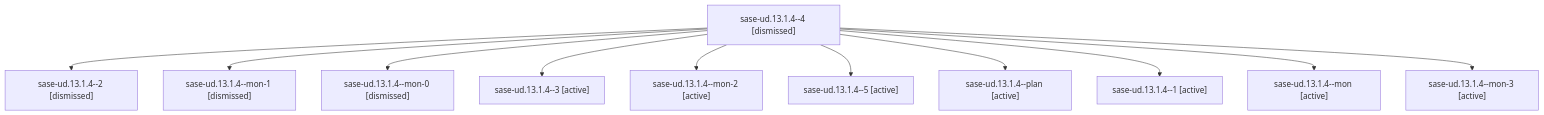
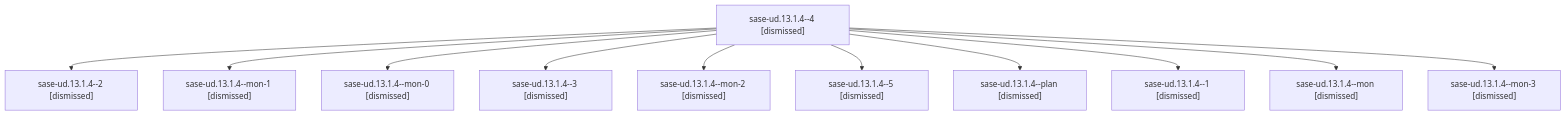
One commit to sase-org/sase--agents changed the diagram in sessions/bbugyi200.athena.sase-ud.13.1.4.md. Above: the diagram before and after it, drawn with Mermaid. The commit also changed other lines of this file and 380 other files, not shown here.

````diff
--- a/sessions/bbugyi200.athena.sase-ud.13.1.4.md
+++ b/sessions/bbugyi200.athena.sase-ud.13.1.4.md
@@ -9,24 +9,24 @@
 ```mermaid
 flowchart TD
   n0["sase-ud.13.1.4--4 [dismissed]"]
   n1["sase-ud.13.1.4--2 [dismissed]"]
   n0 --> n1
   n2["sase-ud.13.1.4--mon-1 [dismissed]"]
   n0 --> n2
   n3["sase-ud.13.1.4--mon-0 [dismissed]"]
   n0 --> n3
-  n4["sase-ud.13.1.4--3 [active]"]
+  n4["sase-ud.13.1.4--3 [dismissed]"]
   n0 --> n4
-  n5["sase-ud.13.1.4--mon-2 [active]"]
+  n5["sase-ud.13.1.4--mon-2 [dismissed]"]
   n0 --> n5
-  n6["sase-ud.13.1.4--5 [active]"]
+  n6["sase-ud.13.1.4--5 [dismissed]"]
   n0 --> n6
-  n7["sase-ud.13.1.4--plan [active]"]
+  n7["sase-ud.13.1.4--plan [dismissed]"]
   n0 --> n7
-  n8["sase-ud.13.1.4--1 [active]"]
+  n8["sase-ud.13.1.4--1 [dismissed]"]
   n0 --> n8
-  n9["sase-ud.13.1.4--mon [active]"]
+  n9["sase-ud.13.1.4--mon [dismissed]"]
   n0 --> n9
-  n10["sase-ud.13.1.4--mon-3 [active]"]
+  n10["sase-ud.13.1.4--mon-3 [dismissed]"]
   n0 --> n10
 ```
````
